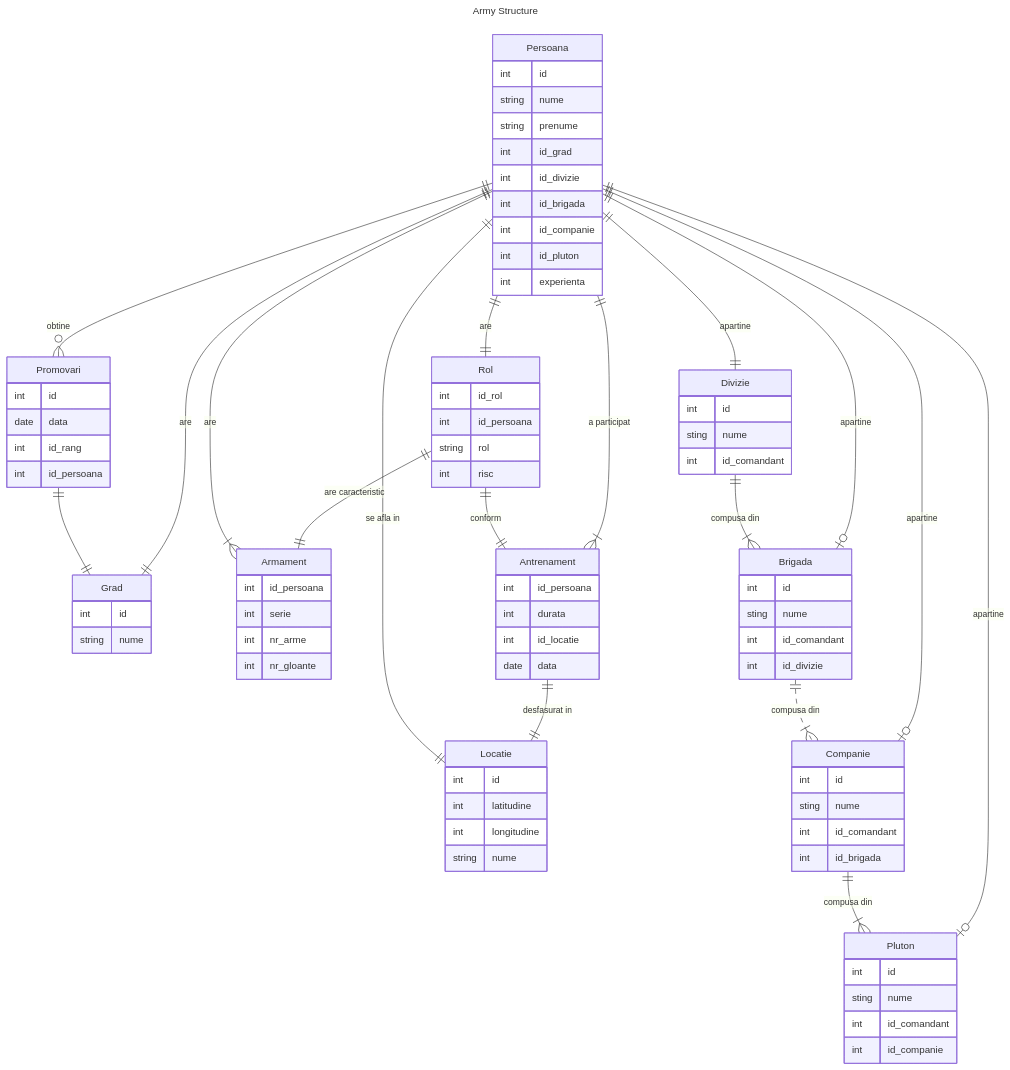
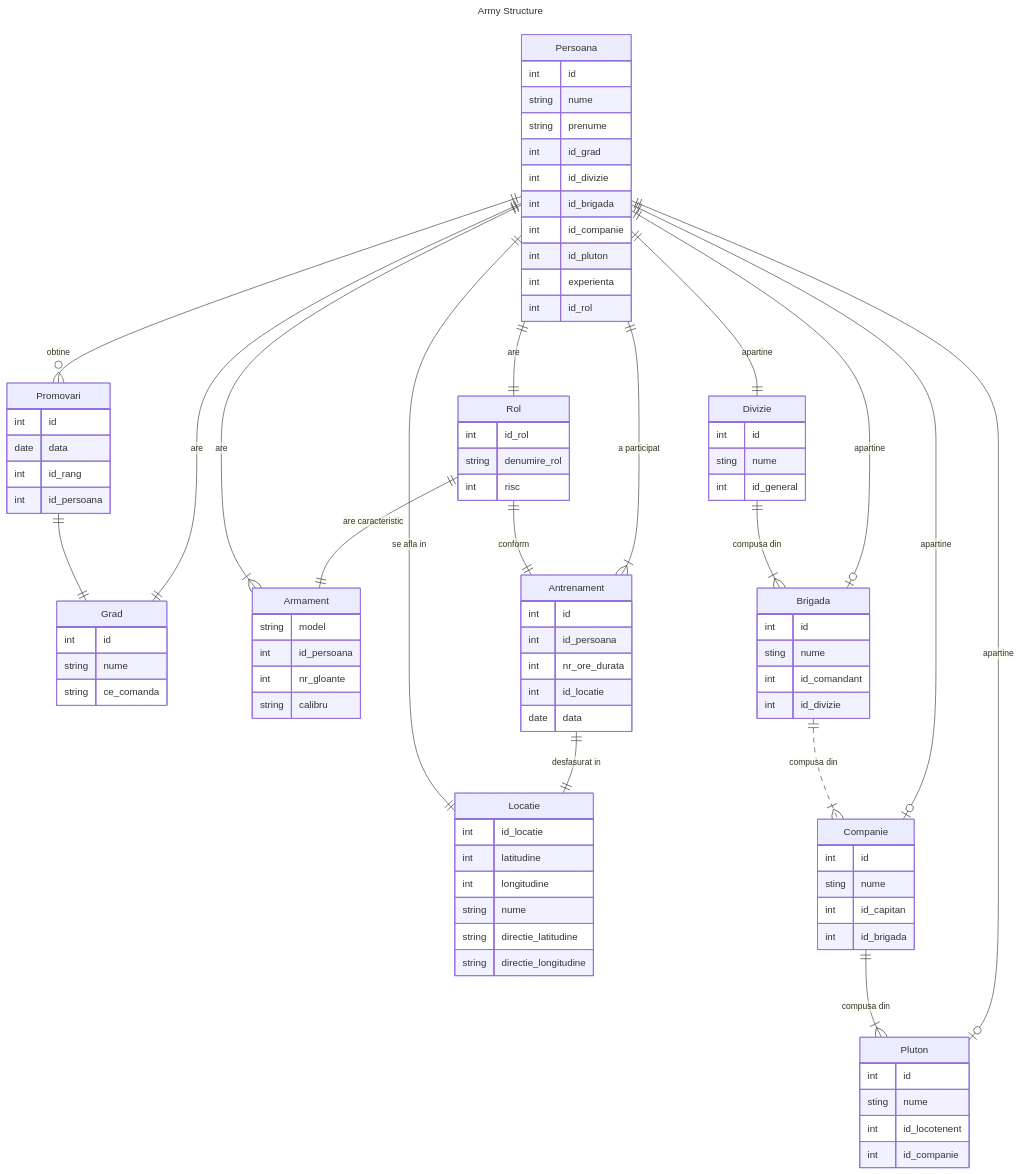
One commit to gabicc/Army-ERD changed the diagram in README.md. Above: the diagram before and after it, drawn with Mermaid.

```diff
--- a/README.md
+++ b/README.md
@@ -24,10 +24,12 @@
         int id_companie
         int id_pluton
         int experienta
+        int id_rol
   }
   Grad{
     int id
     string nume
+    string ce_comanda
 
   }
   Promovari{
@@ -37,33 +39,35 @@
     int id_persoana
   }
   Armament{
+    string model
     int id_persoana
-    int serie
-    int nr_arme
     int nr_gloante
+    string calibru
   }
   Rol{
     int id_rol
-    int id_persoana
-    string rol
+    string denumire_rol
     int risc
   }
   Locatie{
-    int id
+    int id_locatie
     int latitudine
     int longitudine
     string nume
+    string directie_latitudine
+    string directie_longitudine
   }
   Antrenament{
+    int id
     int id_persoana
-    int durata
+    int nr_ore_durata
     int id_locatie
     date data
   }
   Divizie{
     int id
     sting nume
-    int id_comandant
+    int id_general
   }
   Brigada{
     int id
@@ -74,13 +78,13 @@
   Companie{
     int id
     sting nume
-    int id_comandant
+    int id_capitan
     int id_brigada
   }
   Pluton{
     int id
     sting nume
-    int id_comandant
+    int id_locotenent
     int id_companie
   }
   Persoana ||--|| Divizie : apartine
```
